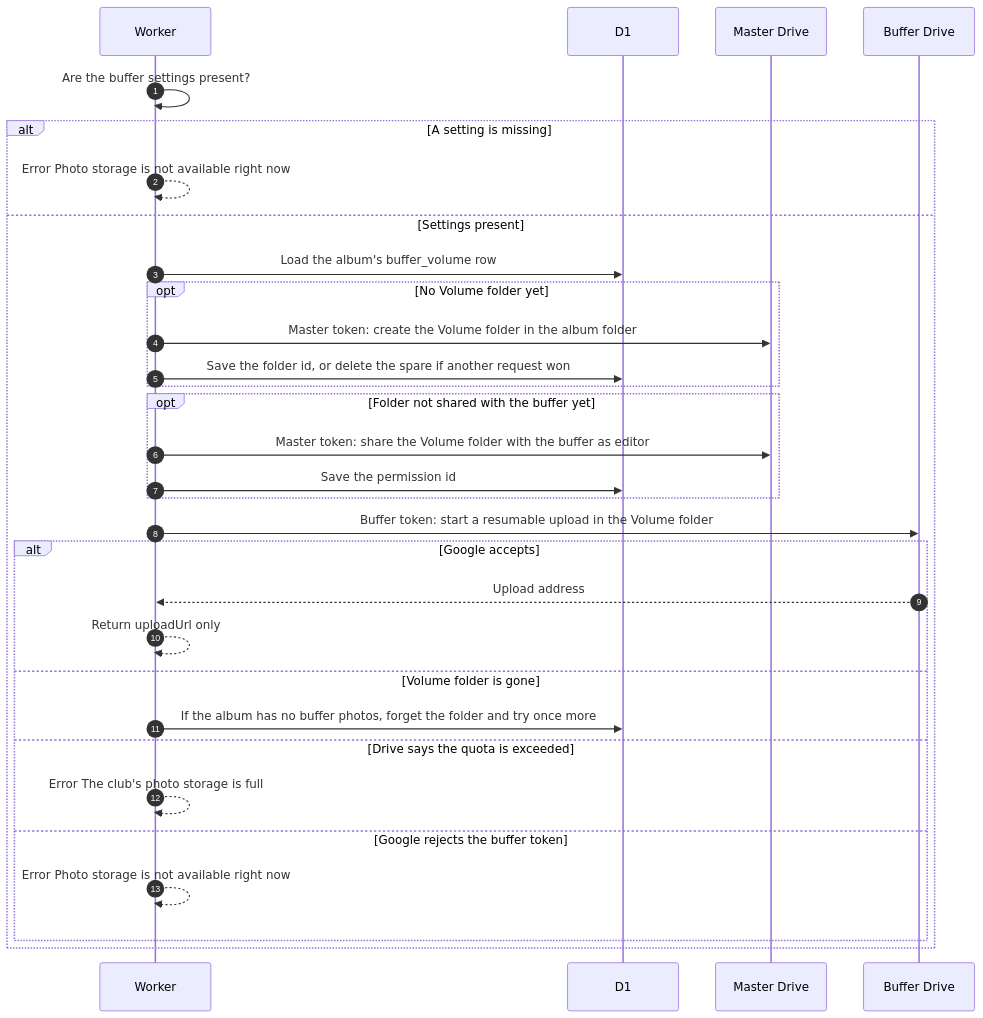
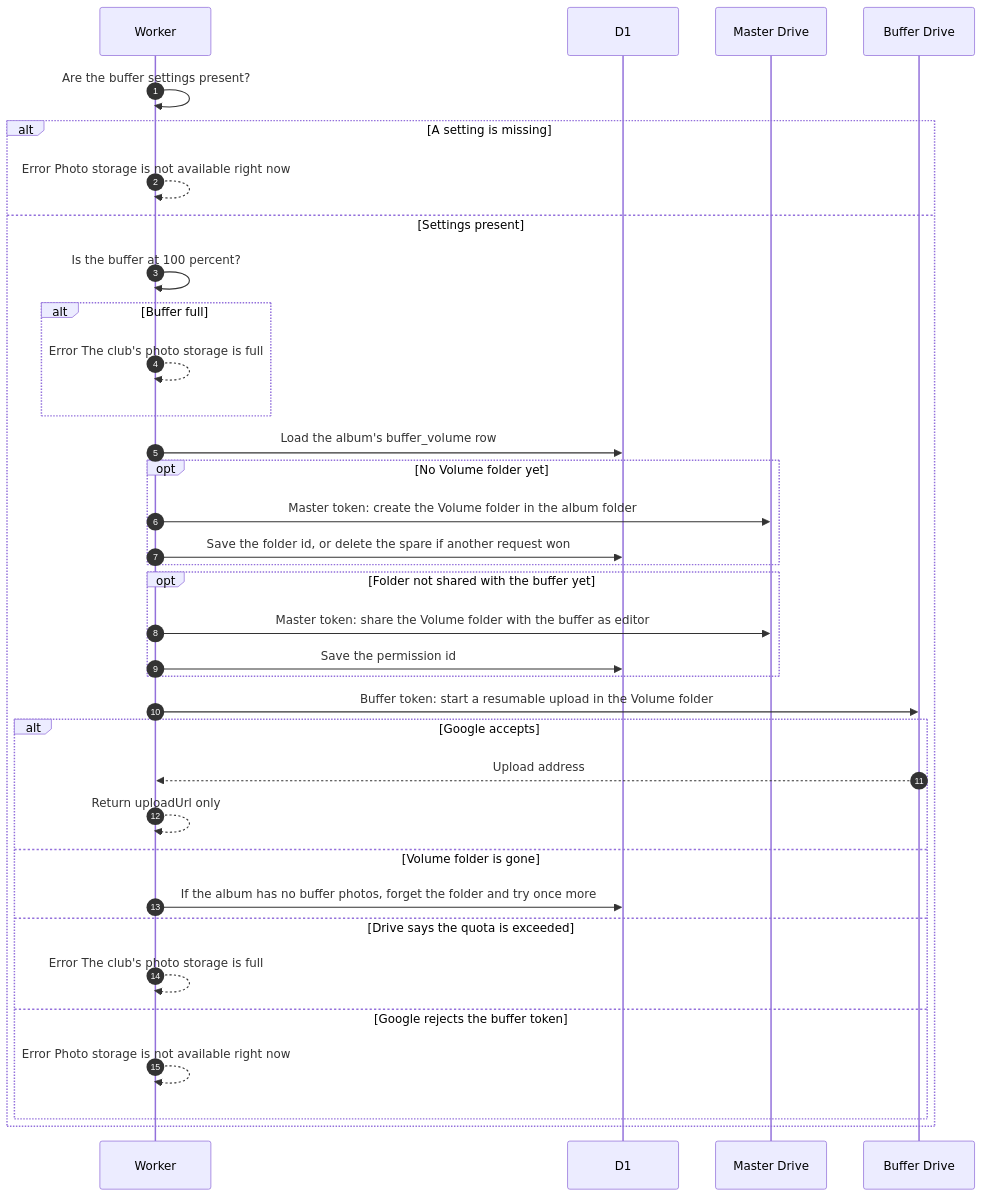
The diagram in docs/scenarios/albums/upload-to-buffer.md (sagyzdop/meriksirat), drawn with Mermaid before and after one commit. The commit also changed other lines of this file and 24 other files, not shown here.

Commit message:
feat(buffer): usage warnings, banner, dashboard card and full-buffer stop

````diff
--- a/docs/scenarios/albums/upload-to-buffer.md
+++ b/docs/scenarios/albums/upload-to-buffer.md
@@ -16,33 +16,37 @@
 ```mermaid
 sequenceDiagram
     autonumber
     participant W as Worker
     participant D as D1
     participant G as Master Drive
     participant B as Buffer Drive
     W->>W: Are the buffer settings present?
     alt A setting is missing
         W-->>W: Error Photo storage is not available right now
     else Settings present
+        W->>W: Is the buffer at 100 percent?
+        alt Buffer full
+            W-->>W: Error The club's photo storage is full
+        end
         W->>D: Load the album's buffer_volume row
         opt No Volume folder yet
             W->>G: Master token: create the Volume folder in the album folder
             W->>D: Save the folder id, or delete the spare if another request won
         end
         opt Folder not shared with the buffer yet
             W->>G: Master token: share the Volume folder with the buffer as editor
             W->>D: Save the permission id
         end
         W->>B: Buffer token: start a resumable upload in the Volume folder
         alt Google accepts
             B-->>W: Upload address
             W-->>W: Return uploadUrl only
         else Volume folder is gone
             W->>D: If the album has no buffer photos, forget the folder and try once more
         else Drive says the quota is exceeded
             W-->>W: Error The club's photo storage is full
         else Google rejects the buffer token
             W-->>W: Error Photo storage is not available right now
         end
     end
 ```
````
